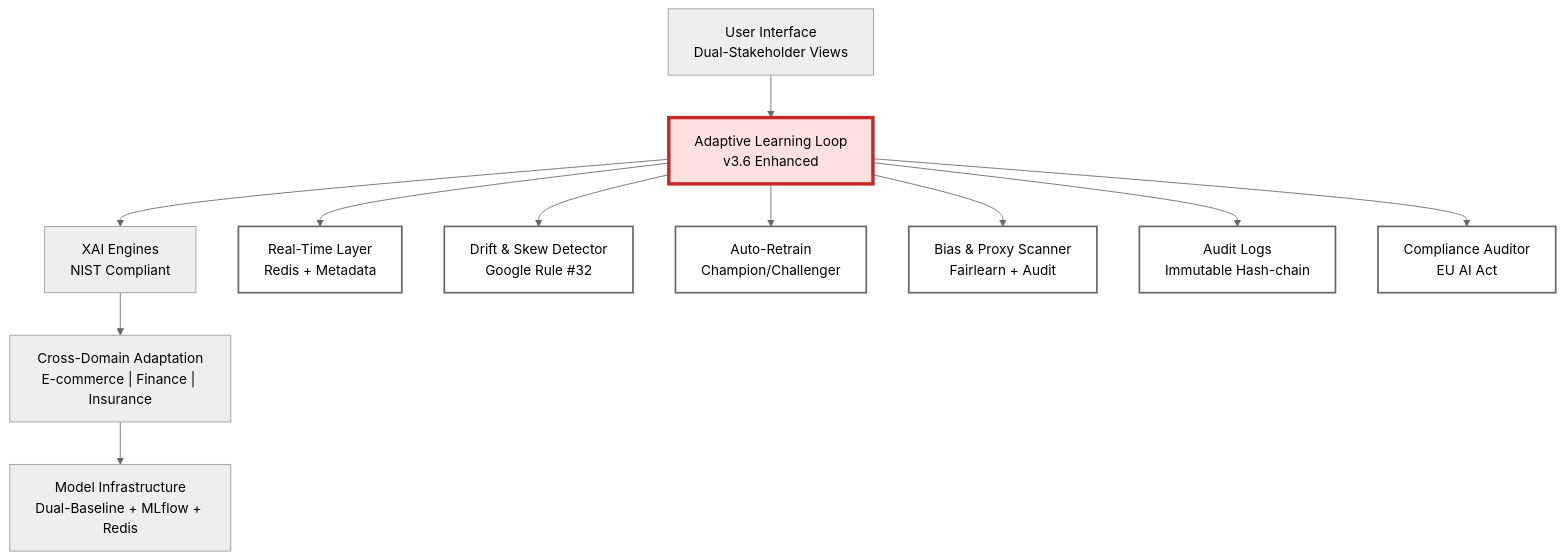
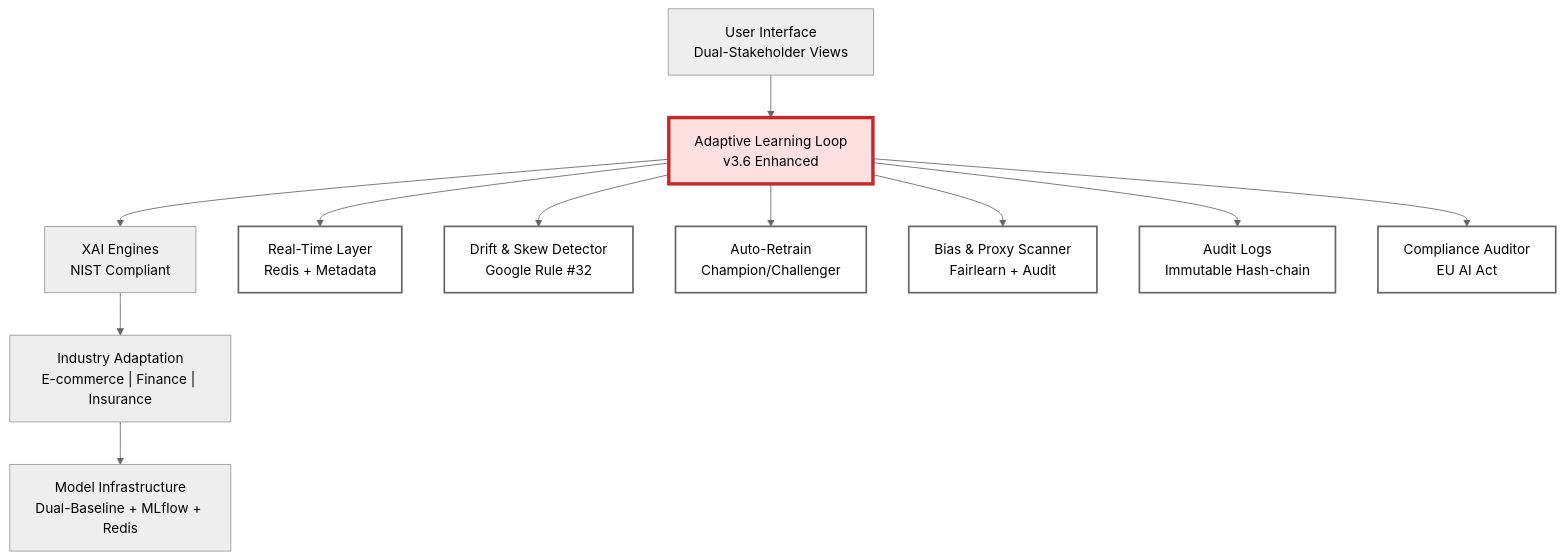
The diagram in README.md (nazliozgur/xai-personalization-framework), drawn with Mermaid (neutral theme) before and after one commit. The commit also changed other lines of this file, not shown here.

Commit message:
"domain agnostic" has been made clearer within the readme text

````diff
--- a/README.md
+++ b/README.md
@@ -191,22 +191,22 @@
 ```mermaid
 flowchart TD
     A["User Interface<br/>Dual-Stakeholder Views"] --> B["Adaptive Learning Loop<br/>v3.6 Enhanced"]
     B --> C["XAI Engines<br/>NIST Compliant"]
-    C --> D["Cross-Domain Adaptation<br/>E-commerce | Finance | Insurance"]
+    C --> D["Industry Adaptation<br/>E-commerce | Finance | Insurance"]
     D --> E["Model Infrastructure<br/>Dual-Baseline + MLflow + Redis"]
     
     B --> B1["Real-Time Layer<br/>Redis + Metadata"]
     B --> B2["Drift & Skew Detector<br/>Google Rule #32"]
     B --> B3["Auto-Retrain<br/>Champion/Challenger"]
     B --> B4["Bias & Proxy Scanner<br/>Fairlearn + Audit"]
     B --> B5["Audit Logs<br/>Immutable Hash-chain"]
     B --> B6["Compliance Auditor<br/>EU AI Act"]
     
     style B fill:#ffe0e0,stroke:#c62828,stroke-width:4px
     style B1 fill:#fff,stroke:#666,stroke-width:2px
     style B2 fill:#fff,stroke:#666,stroke-width:2px
     style B3 fill:#fff,stroke:#666,stroke-width:2px
     style B4 fill:#fff,stroke:#666,stroke-width:2px
     style B5 fill:#fff,stroke:#666,stroke-width:2px
     style B6 fill:#fff,stroke:#666,stroke-width:2px
 ```
````
